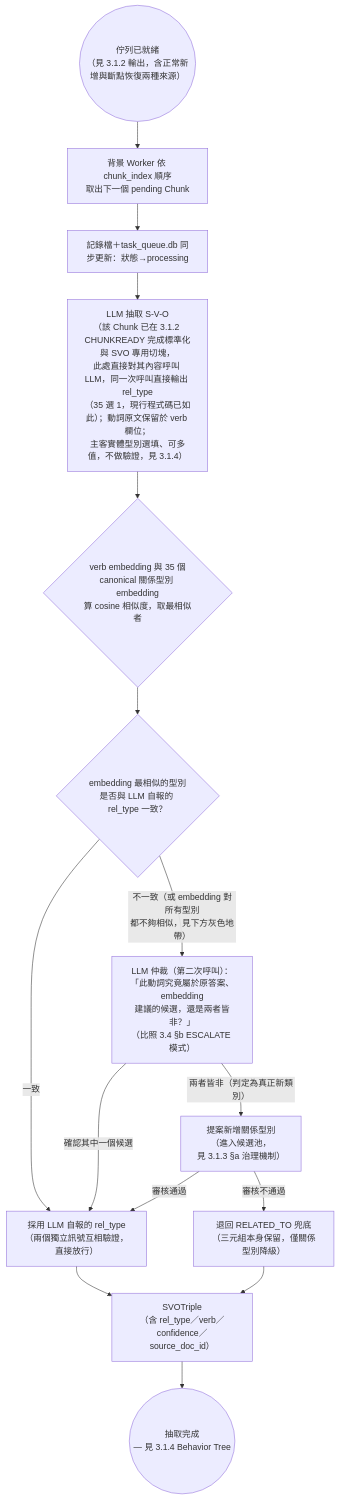
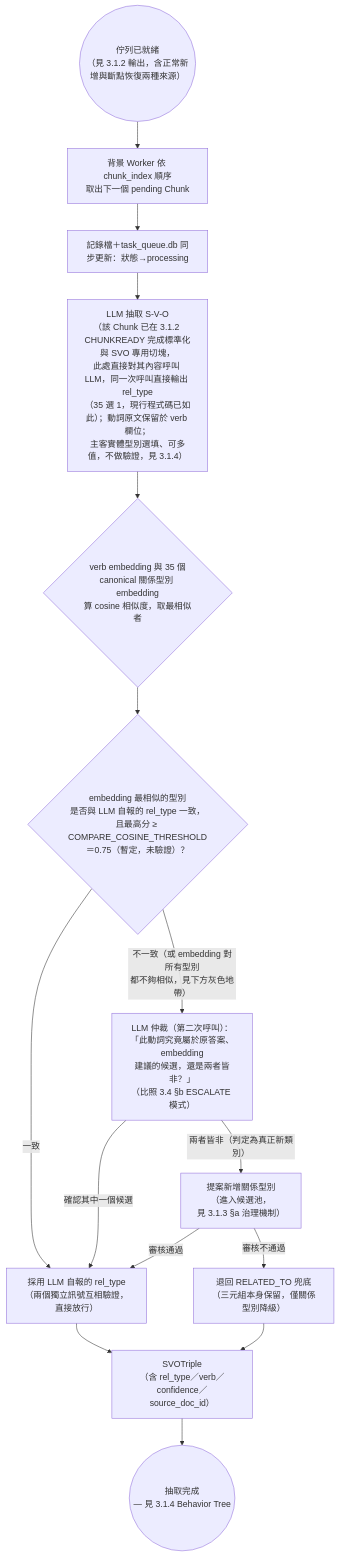
The fifth of 15 diagrams in docs/論文/03_系統設計與方法論.md (Chester930/world-knowledge-graph-rag), drawn with Mermaid before and after one commit. The commit also changed other lines of this file and 4 other files, not shown here.

````diff
--- a/docs/論文/03_系統設計與方法論.md
+++ b/docs/論文/03_系統設計與方法論.md
@@ -231,17 +231,17 @@
 ```mermaid
 flowchart TD
     READY2(("佇列已就緒<br/>（見 3.1.2 輸出，含正常新增與斷點恢復兩種來源）")) --> WORKER["背景 Worker 依 chunk_index 順序<br/>取出下一個 pending Chunk"]
     WORKER --> PROC["記錄檔＋task_queue.db 同步更新：狀態→processing"]
     PROC --> LLM_SVO["LLM 抽取 S-V-O<br/>（該 Chunk 已在 3.1.2 CHUNKREADY 完成標準化與 SVO 專用切塊，<br/>此處直接對其內容呼叫 LLM，同一次呼叫直接輸出 rel_type<br/>（35 選 1，現行程式碼已如此）；動詞原文保留於 verb 欄位；<br/>主客實體型別選填、可多值，不做驗證，見 3.1.4）"]
     LLM_SVO --> SIM{"verb embedding 與 35 個<br/>canonical 關係型別 embedding<br/>算 cosine 相似度，取最相似者"}
-    SIM --> COMPARE{"embedding 最相似的型別<br/>是否與 LLM 自報的 rel_type 一致？"}
+    SIM --> COMPARE{"embedding 最相似的型別<br/>是否與 LLM 自報的 rel_type 一致，<br/>且最高分 ≥ COMPARE_COSINE_THRESHOLD＝0.75（暫定，未驗證）？"}
     COMPARE -->|一致| ASSIGN["採用 LLM 自報的 rel_type<br/>（兩個獨立訊號互相驗證，直接放行）"]
     COMPARE -->|"不一致（或 embedding 對所有型別\n都不夠相似，見下方灰色地帶）"| ESCALATE3["LLM 仲裁（第二次呼叫）：<br/>「此動詞究竟屬於原答案、embedding<br/>建議的候選，還是兩者皆非？」<br/>（比照 3.4 §b ESCALATE 模式）"]
     ESCALATE3 -->|確認其中一個候選| ASSIGN
     ESCALATE3 -->|"兩者皆非（判定為真正新類別）"| EXPAND["提案新增關係型別<br/>（進入候選池，<br/>見 3.1.3 §a 治理機制）"]
     EXPAND -->|審核不通過| REJECT["退回 RELATED_TO 兜底<br/>（三元組本身保留，僅關係型別降級）"]
     EXPAND -->|審核通過| ASSIGN
     ASSIGN --> TRIPLE["SVOTriple<br/>（含 rel_type／verb／confidence／source_doc_id）"]
     REJECT --> TRIPLE
     TRIPLE --> HANDOFF3(("抽取完成<br/>— 見 3.1.4 Behavior Tree"))
 ```
````
